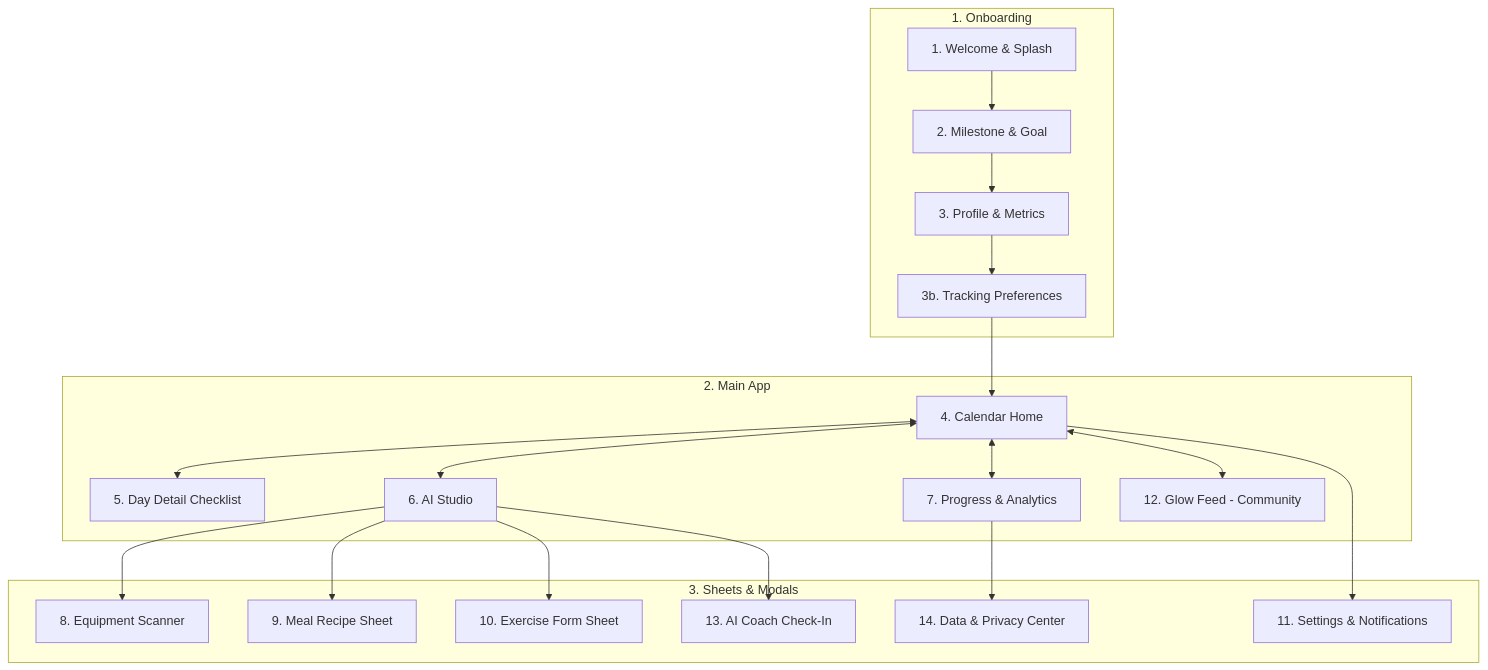
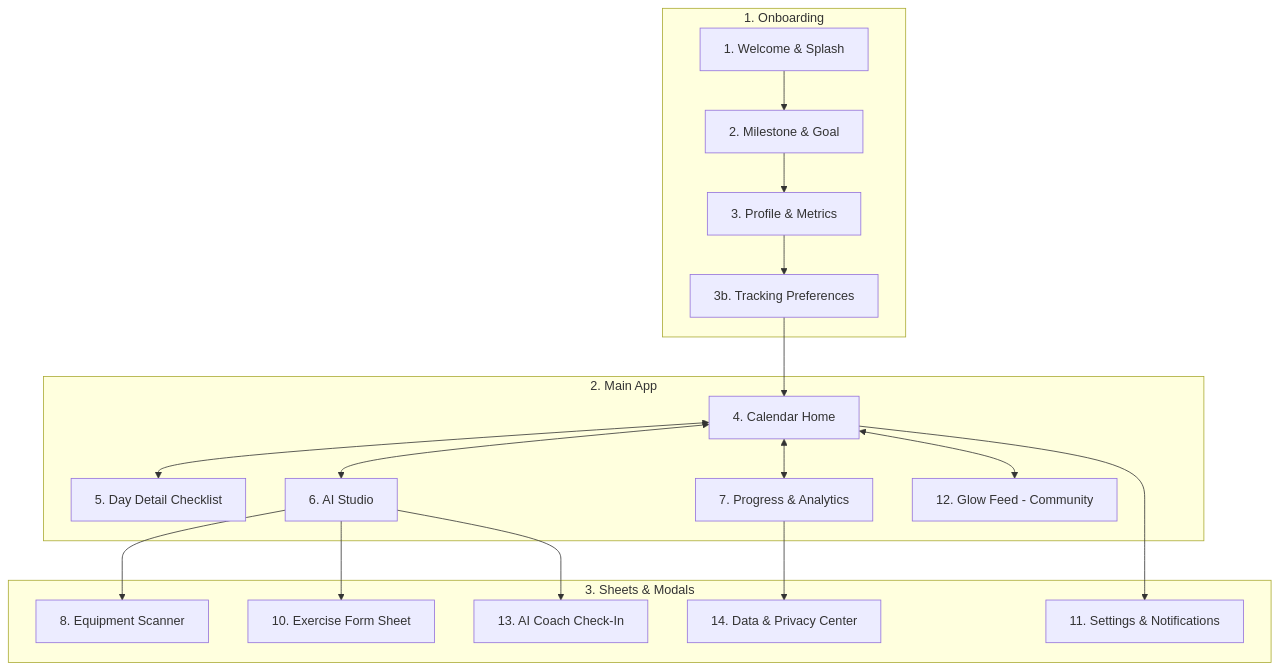
The second of 3 diagrams in CLOCK-IT-VISION-2.0.md (ankita-thakur-28/Clock-IT), drawn with Mermaid before and after one commit. The commit also changed other lines of this file and 19 other files, not shown here.

Commit message:
feat(auth): harden multi-tenant authorization, add 2-step OTP password reset, and refine non-diet roadmap

````diff
--- a/CLOCK-IT-VISION-2.0.md
+++ b/CLOCK-IT-VISION-2.0.md
@@ -100,25 +99,24 @@
 ```mermaid
 flowchart TD
     subgraph Onboarding ["1. Onboarding"]
         S1[1. Welcome & Splash] --> S2[2. Milestone & Goal]
         S2 --> S3[3. Profile & Metrics]
         S3 --> S3b[3b. Tracking Preferences]
     end
 
     subgraph MainApp ["2. Main App"]
         S3b --> S4[4. Calendar Home]
         S4 <--> S5[5. Day Detail Checklist]
         S4 <--> S6[6. AI Studio]
         S4 <--> S7[7. Progress & Analytics]
         S4 <--> S12[12. Glow Feed - Community]
     end
 
     subgraph Modals ["3. Sheets & Modals"]
         S6 --> S8[8. Equipment Scanner]
-        S6 --> S9[9. Meal Recipe Sheet]
         S6 --> S10[10. Exercise Form Sheet]
         S4 --> S11[11. Settings & Notifications]
         S6 --> S13[13. AI Coach Check-In]
         S7 --> S14[14. Data & Privacy Center]
     end
 ```
````
